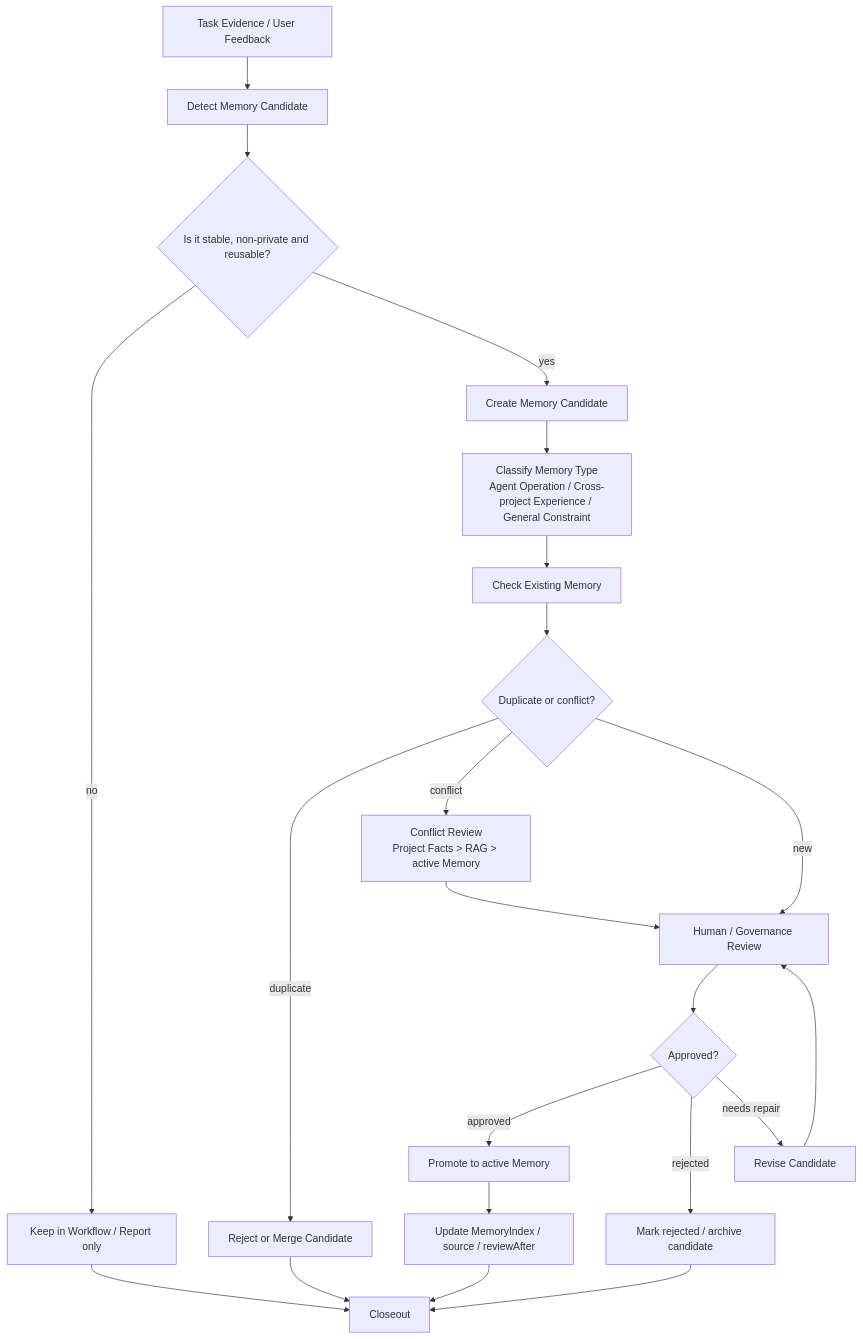
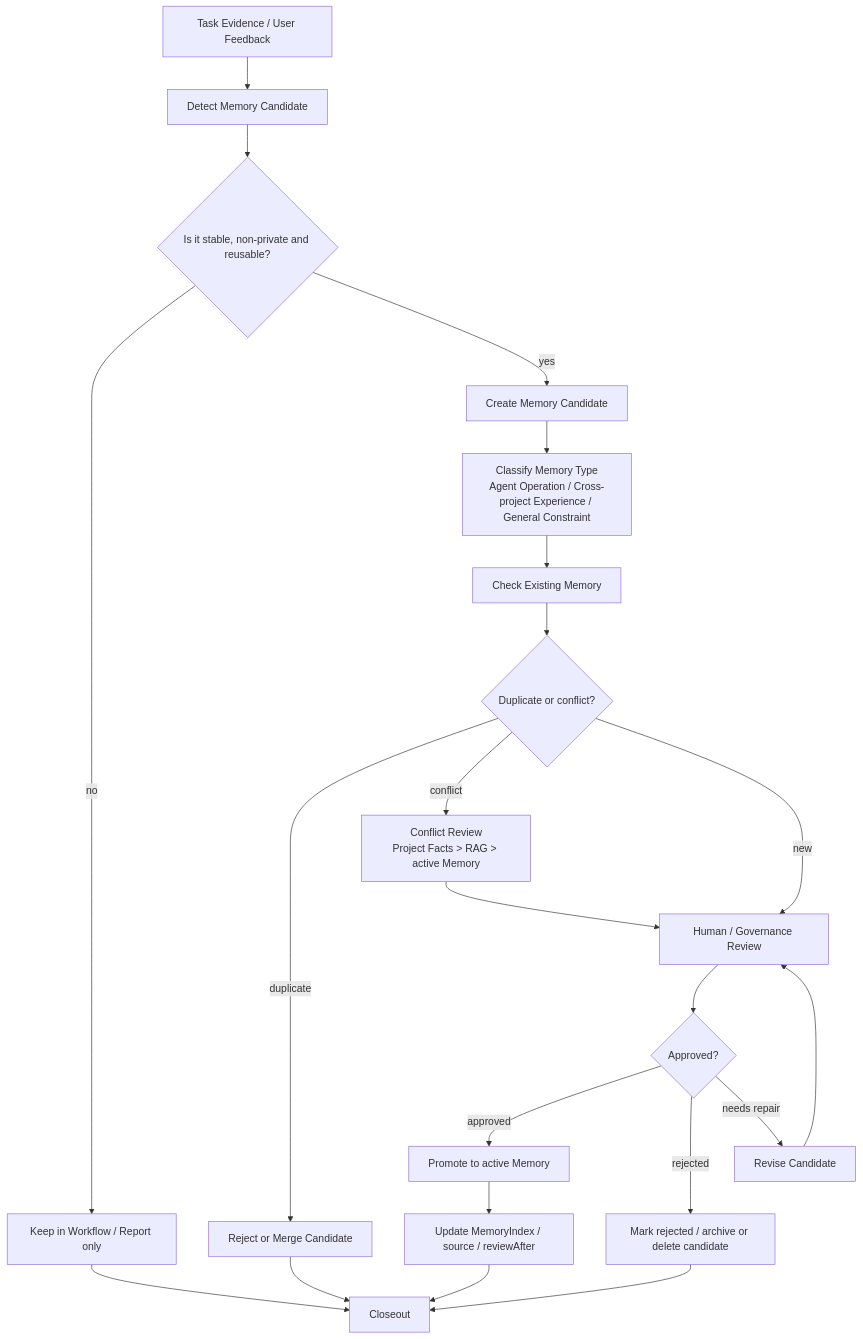
The diagram in harness/memory/MemoryPolicy.md (KKT-OPT/Free-Harness-World), drawn with Mermaid before and after one commit. The commit also changed other lines of this file and 27 other files, not shown here.

````diff
--- a/harness/memory/MemoryPolicy.md
+++ b/harness/memory/MemoryPolicy.md
@@ -54,24 +56,24 @@
 ```mermaid
 flowchart TD
     A["Task Evidence / User Feedback"] --> B["Detect Memory Candidate"]
     B --> C{"Is it stable, non-private and reusable?"}
     C -->|no| D["Keep in Workflow / Report only"]
     C -->|yes| E["Create Memory Candidate"]
     E --> F["Classify Memory Type<br/>Agent Operation / Cross-project Experience / General Constraint"]
     F --> G["Check Existing Memory"]
     G --> H{"Duplicate or conflict?"}
     H -->|duplicate| I["Reject or Merge Candidate"]
     H -->|conflict| J["Conflict Review<br/>Project Facts > RAG > active Memory"]
     H -->|new| K["Human / Governance Review"]
     J --> K
     K --> L{"Approved?"}
     L -->|approved| M["Promote to active Memory"]
-    L -->|rejected| N["Mark rejected / archive candidate"]
+    L -->|rejected| N["Mark rejected / archive or delete candidate"]
     L -->|needs repair| O["Revise Candidate"]
     O --> K
     M --> P["Update MemoryIndex / source / reviewAfter"]
     P --> Q["Closeout"]
     N --> Q
     I --> Q
     D --> Q
 ```
````
